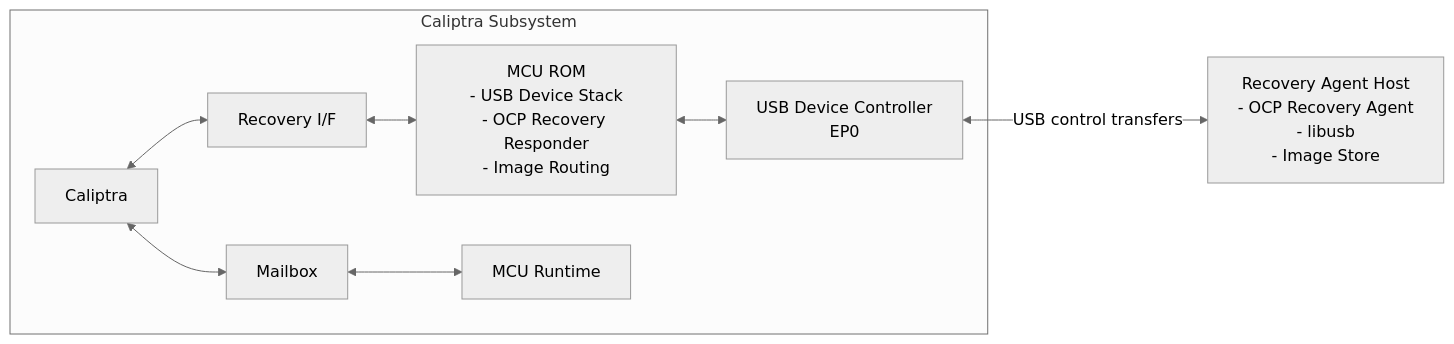
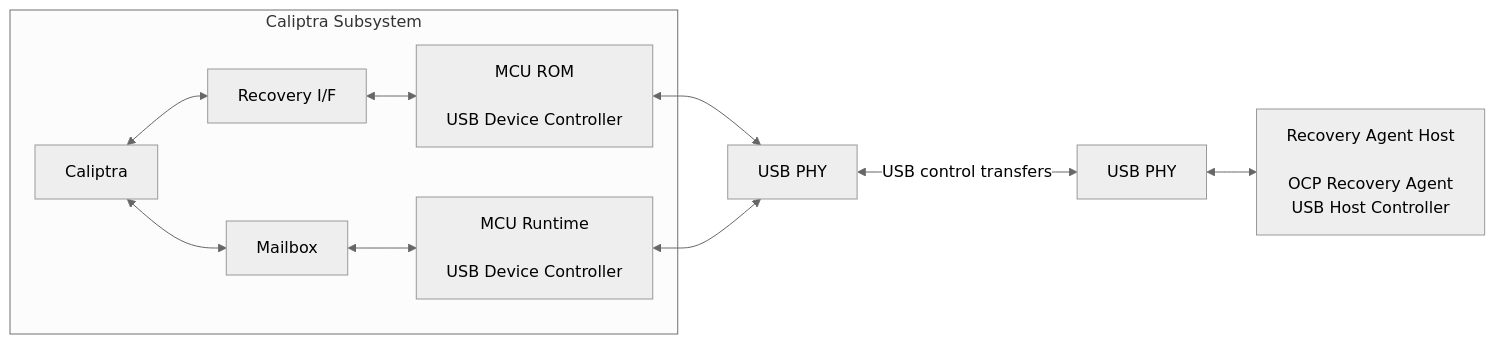
Before and after one commit to chipsalliance/caliptra-mcu-sw: the second of 5 diagrams in docs/src/usb_recovery_emulation.md, drawn with Mermaid (neutral theme).

Commit message:
Correct USB High Level Architecture

````diff
--- a/docs/src/usb_recovery_emulation.md
+++ b/docs/src/usb_recovery_emulation.md
@@ -156,19 +156,20 @@
 ```mermaid
 flowchart LR
     subgraph Caliptra_Subsystem["Caliptra Subsystem"]
         Caliptra["Caliptra"]
         RecoveryIF["Recovery I/F"]
-        MCU_ROM["MCU ROM<br/>- USB Device Stack<br/>- OCP Recovery Responder<br/>- Image Routing"]
+        MCU_ROM["MCU ROM<br/><br/>USB Device Controller"]
         Mailbox["Mailbox"]
-        MCU_RT["MCU Runtime"]
-        USBDev["USB Device Controller<br/>EP0"]
+        MCU_RT["MCU Runtime<br/><br/>USB Device Controller"]
 
         Caliptra <--> RecoveryIF
         RecoveryIF <--> MCU_ROM
         Caliptra <--> Mailbox
         Mailbox <--> MCU_RT
-        MCU_ROM <--> USBDev
     end
 
-    USBDev <-->|"USB control transfers"| RecoveryHost["Recovery Agent Host<br/>- OCP Recovery Agent<br/>- libusb<br/>- Image Store"]
+    MCU_ROM <--> USBPhy["USB PHY"]
+    MCU_RT <--> USBPhy
+    USBPhy <-->|"USB control transfers"| HostUSBPhy["USB PHY"]
+    HostUSBPhy <--> RecoveryHost["Recovery Agent Host<br/><br/>OCP Recovery Agent<br/>USB Host Controller<br/>"]
 ```
````
